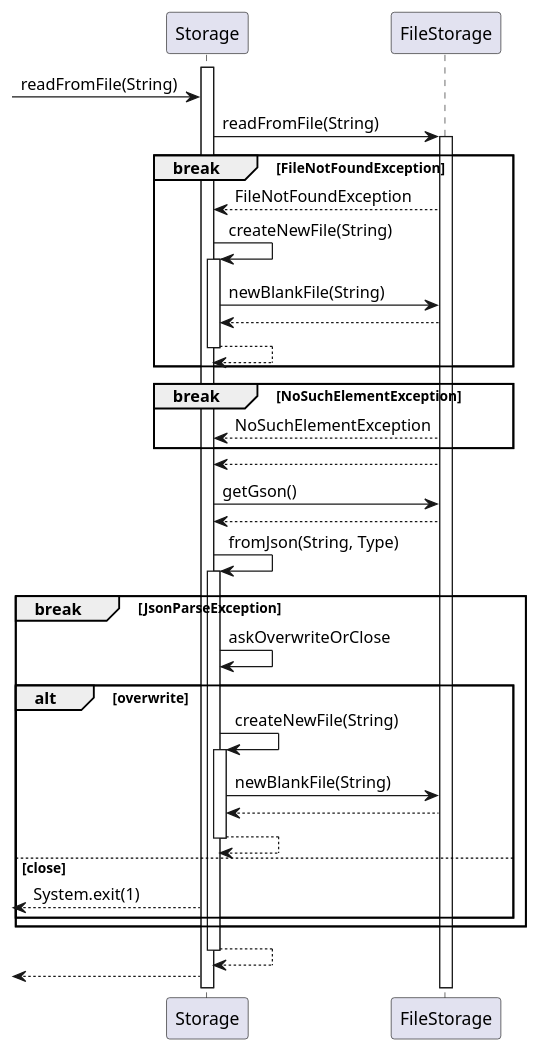
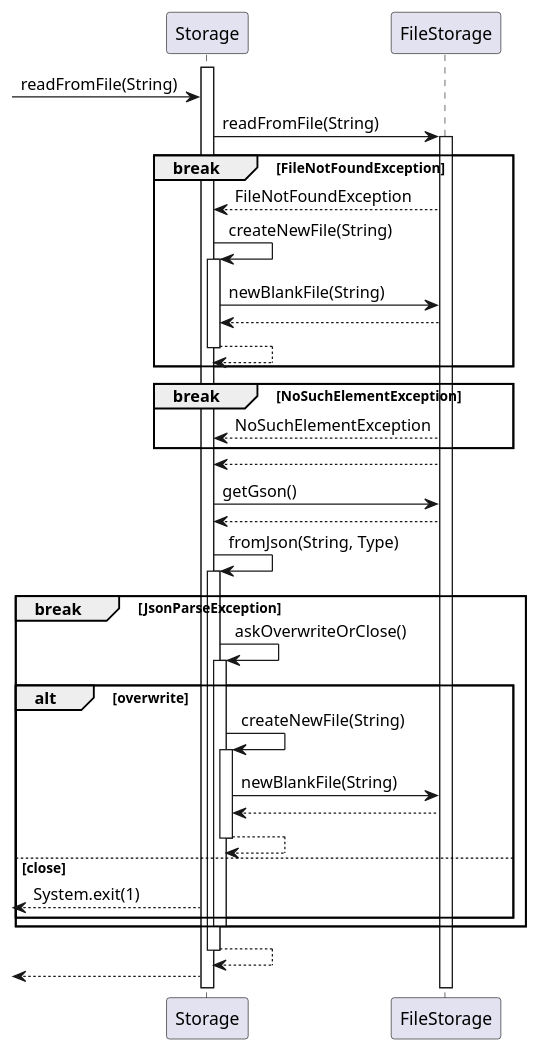
One commit to nus-cs2113-AY2122S1/tp changed the diagram in docs/diagrams/ReadFromFileSeqDiag.puml. Above: the diagram before and after it, drawn with PlantUML. The commit also changed 1 other file, not shown here.

```diff
--- a/docs/diagrams/ReadFromFileSeqDiag.puml
+++ b/docs/diagrams/ReadFromFileSeqDiag.puml
@@ -1,60 +1,62 @@
 @startuml
 'https://plantuml.com/sequence-diagram
 
 'autonumber
 
 activate Storage
 -> Storage: readFromFile(String)
 
 Storage -> FileStorage: readFromFile(String)
 activate FileStorage
 
 break FileNotFoundException
 
     FileStorage --> Storage: FileNotFoundException
     Storage -> Storage: createNewFile(String)
     activate Storage
     Storage -> FileStorage: newBlankFile(String)
     FileStorage --> Storage
     Storage --> Storage
     deactivate Storage
 
 end
 
 break NoSuchElementException
     FileStorage --> Storage: NoSuchElementException
 end
 
 FileStorage --> Storage
 
 Storage -> FileStorage: getGson()
 FileStorage --> Storage
 
 Storage -> Storage: fromJson(String, Type)
 activate Storage
 
 break JsonParseException
 
-    Storage -> Storage: askOverwriteOrClose
+    Storage -> Storage: askOverwriteOrClose()
+    activate Storage
 
         alt overwrite
             Storage -> Storage: createNewFile(String)
             activate Storage
             Storage -> FileStorage: newBlankFile(String)
             FileStorage --> Storage
             Storage --> Storage
             deactivate Storage
         else close
             <-- Storage: System.exit(1)
         end
+    deactivate Storage
 
 end
 
 Storage --> Storage
 deactivate Storage
 
 
 
 <-- Storage
 
 @enduml
```
